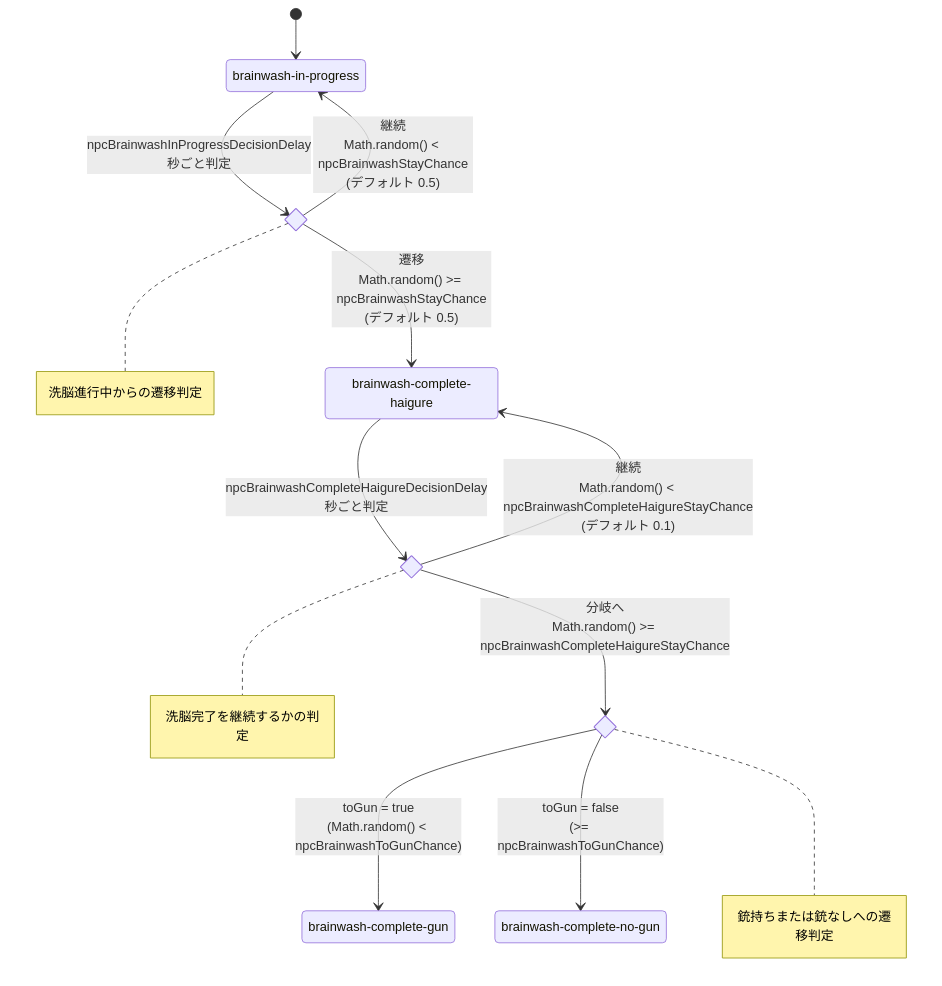
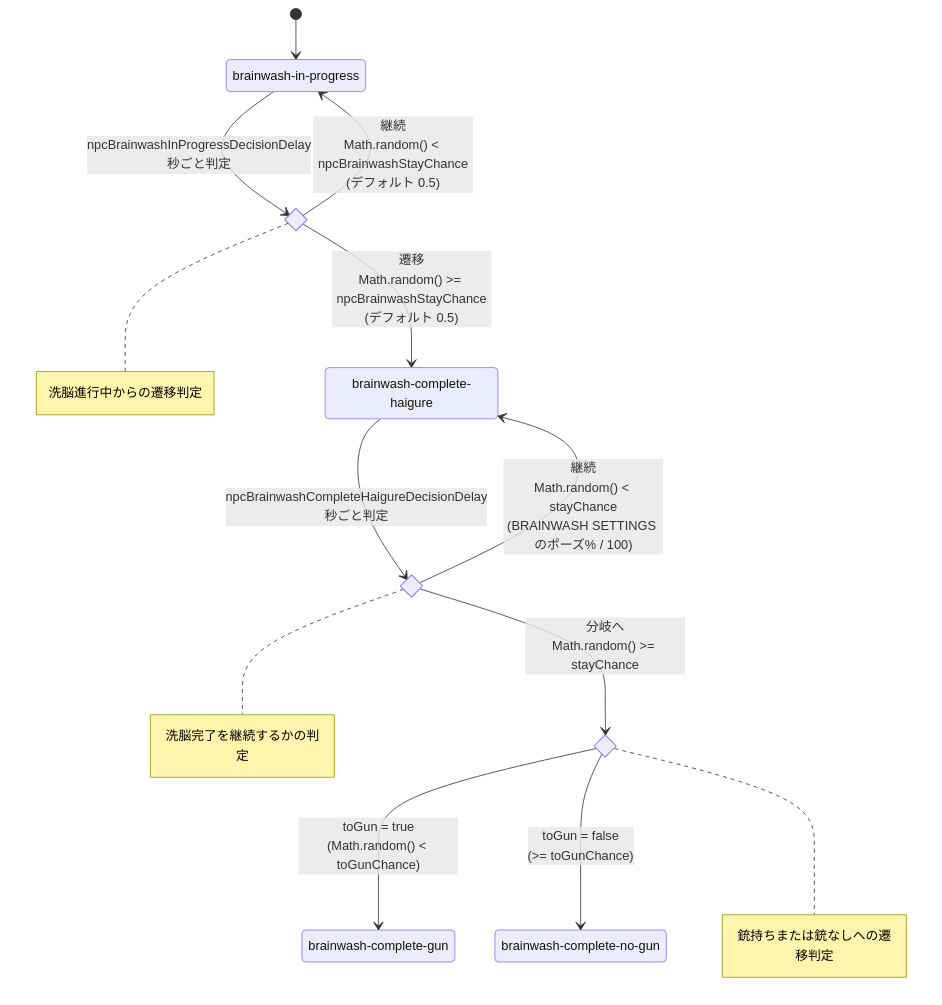
The diagram in README.md (catoriinu/haigure_survival), drawn with Mermaid before and after one commit. The commit also changed other lines of this file and 10 other files, not shown here.

First line of the commit message:
feat: Refactor NPC brainwash settings and UI

````diff
--- a/README.md
+++ b/README.md
@@ -164,33 +162,33 @@
 ```mermaid
 stateDiagram-v2
     state "brainwash-in-progress" as brainwashInProgress
     state "brainwash-complete-haigure" as brainwashCompleteHaigure
     state "brainwash-complete-gun" as brainwashCompleteGun
     state "brainwash-complete-no-gun" as brainwashCompleteNoGun
 
     state inProgressDecision <<choice>>
     state haigureStayDecision <<choice>>
     state gunNoGunDecision <<choice>>
 
     note right of inProgressDecision
       洗脳進行中からの遷移判定
     end note
     note right of haigureStayDecision
       洗脳完了を継続するかの判定
     end note
     note right of gunNoGunDecision
       銃持ちまたは銃なしへの遷移判定
     end note
 
     [*] --> brainwashInProgress
 
     brainwashInProgress --> inProgressDecision: npcBrainwashInProgressDecisionDelay秒ごと判定
     inProgressDecision --> brainwashInProgress: 継続<br/>Math.random() < npcBrainwashStayChance<br/>(デフォルト 0.5)
     inProgressDecision --> brainwashCompleteHaigure: 遷移<br/>Math.random() >= npcBrainwashStayChance<br/>(デフォルト 0.5)
 
     brainwashCompleteHaigure --> haigureStayDecision: npcBrainwashCompleteHaigureDecisionDelay秒ごと判定
-    haigureStayDecision --> brainwashCompleteHaigure: 継続<br/>Math.random() < npcBrainwashCompleteHaigureStayChance<br/>(デフォルト 0.1)
-    haigureStayDecision --> gunNoGunDecision: 分岐へ<br/>Math.random() >= npcBrainwashCompleteHaigureStayChance
-    gunNoGunDecision --> brainwashCompleteGun: toGun = true<br/>(Math.random() < npcBrainwashToGunChance)
-    gunNoGunDecision --> brainwashCompleteNoGun: toGun = false<br/>(>= npcBrainwashToGunChance)
+    haigureStayDecision --> brainwashCompleteHaigure: 継続<br/>Math.random() < stayChance<br/>(BRAINWASH SETTINGS のポーズ% / 100)
+    haigureStayDecision --> gunNoGunDecision: 分岐へ<br/>Math.random() >= stayChance
+    gunNoGunDecision --> brainwashCompleteGun: toGun = true<br/>(Math.random() < toGunChance)
+    gunNoGunDecision --> brainwashCompleteNoGun: toGun = false<br/>(>= toGunChance)
 ```
````
